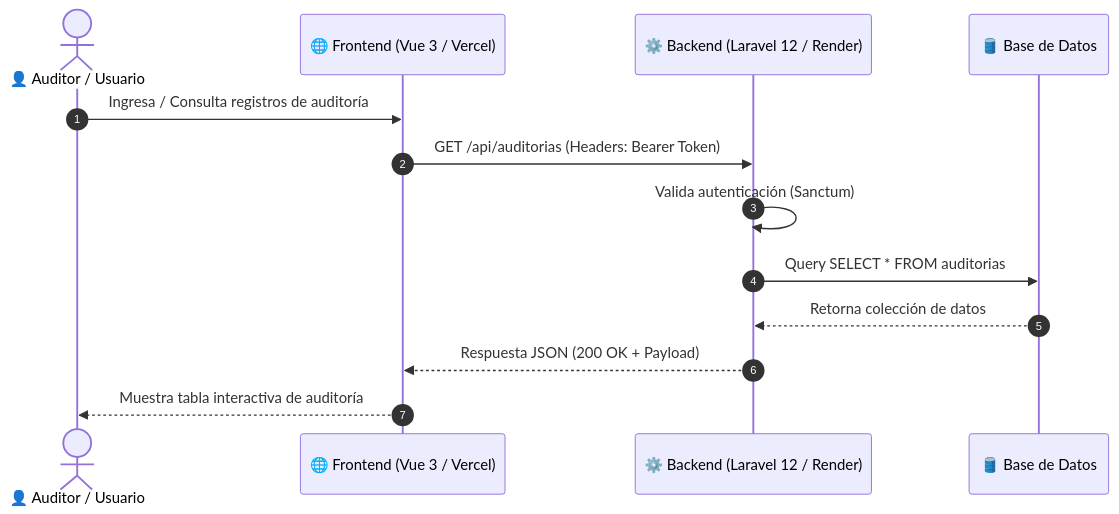
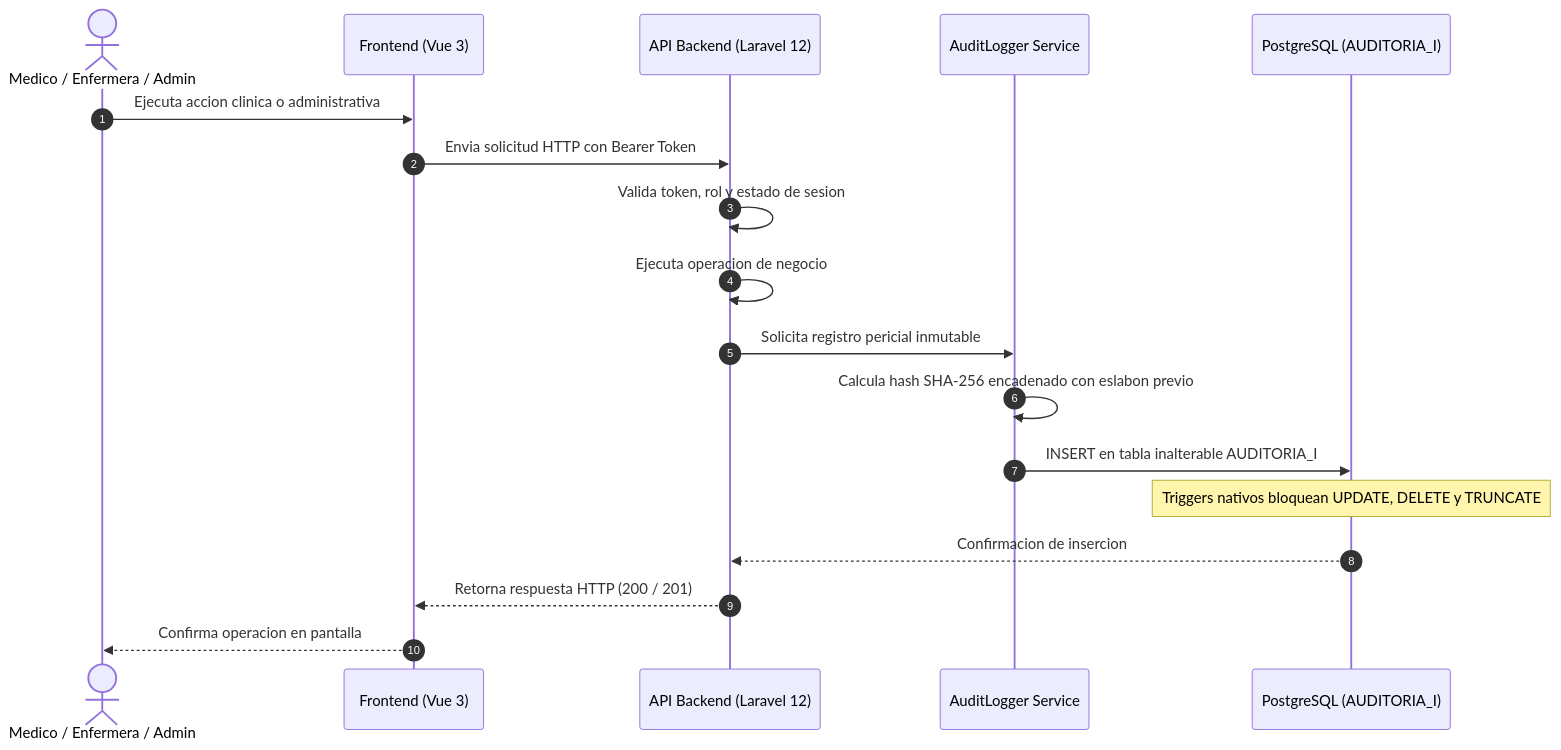
One commit to Coria322/hospital-vitae-monorepo changed the second of 3 diagrams in README.md. Above: the diagram before and after it, drawn with Mermaid. The commit also changed other lines of this file and 6 other files, not shown here.

````diff
--- a/README.md
+++ b/README.md
@@ -54,16 +74,21 @@
 ```mermaid
 sequenceDiagram
     autonumber
-    actor Auditor as 👤 Auditor / Usuario
-    participant Front as 🌐 Frontend (Vue 3 / Vercel)
-    participant Back as ⚙️ Backend (Laravel 12 / Render)
-    participant DB as 🛢️ Base de Datos
+    actor Usuario as Medico / Enfermera / Admin
+    participant Front as Frontend (Vue 3)
+    participant API as API Backend (Laravel 12)
+    participant Logger as AuditLogger Service
+    participant BD as PostgreSQL (AUDITORIA_I)
 
-    Auditor->>Front: Ingresa / Consulta registros de auditoría
-    Front->>Back: GET /api/auditorias (Headers: Bearer Token)
-    Back->>Back: Valida autenticación (Sanctum)
-    Back->>DB: Query SELECT * FROM auditorias
-    DB-->>Back: Retorna colección de datos
-    Back-->>Front: Respuesta JSON (200 OK + Payload)
-    Front-->>Auditor: Muestra tabla interactiva de auditoría
+    Usuario->>Front: Ejecuta accion clinica o administrativa
+    Front->>API: Envia solicitud HTTP con Bearer Token
+    API->>API: Valida token, rol y estado de sesion
+    API->>API: Ejecuta operacion de negocio
+    API->>Logger: Solicita registro pericial inmutable
+    Logger->>Logger: Calcula hash SHA-256 encadenado con eslabon previo
+    Logger->>BD: INSERT en tabla inalterable AUDITORIA_I
+    Note over BD: Triggers nativos bloquean UPDATE, DELETE y TRUNCATE
+    BD-->>API: Confirmacion de insercion
+    API-->>Front: Retorna respuesta HTTP (200 / 201)
+    Front-->>Usuario: Confirma operacion en pantalla
 ```
````
